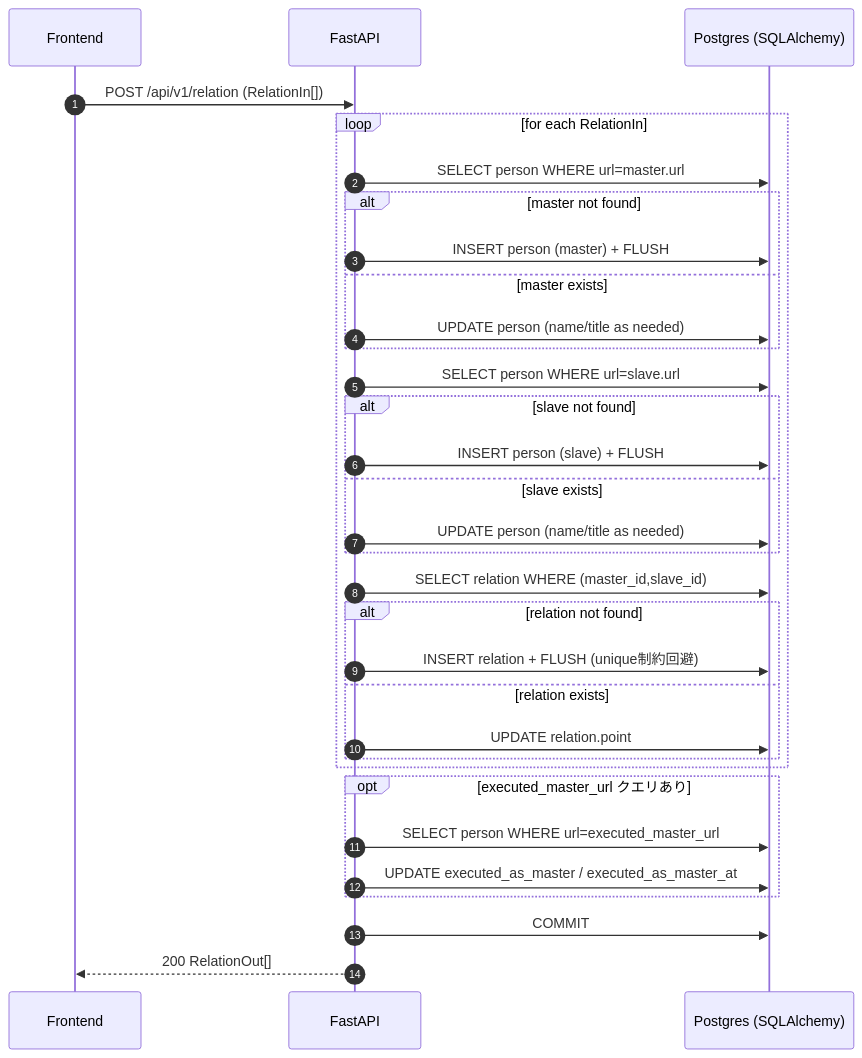
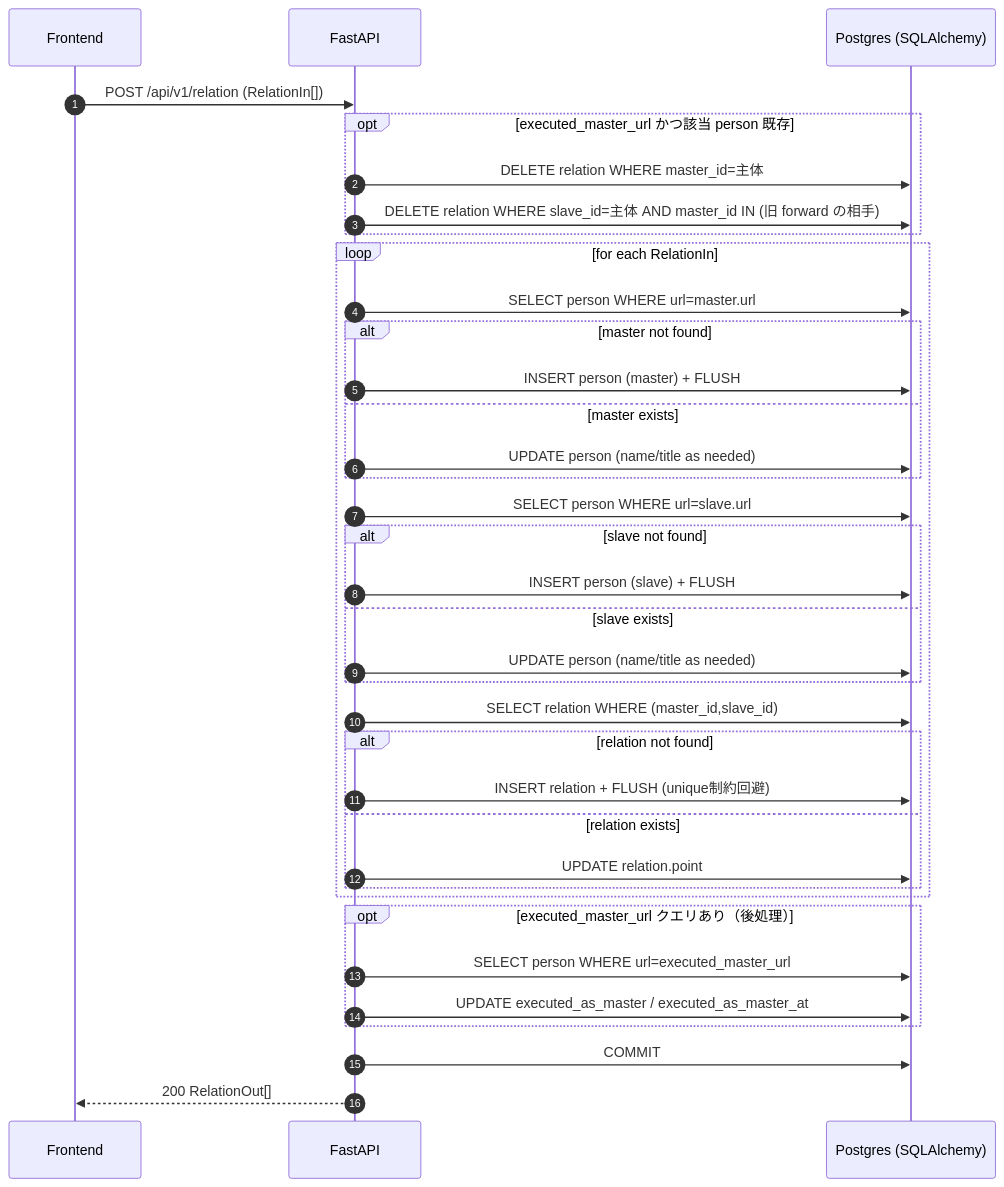
One commit to 5avvadaJ1r0/people_relation changed the third of 13 diagrams in doc/api.md. Above: the diagram before and after it, drawn with Mermaid. The commit also changed other lines of this file and 7 other files, not shown here.

````diff
--- a/doc/api.md
+++ b/doc/api.md
@@ -191,39 +199,43 @@
 ```mermaid
 sequenceDiagram
     autonumber
     participant FE as Frontend
     participant API as FastAPI
     participant DB as Postgres (SQLAlchemy)
 
     FE->>API: POST /api/v1/relation (RelationIn[])
+    opt executed_master_url かつ該当 person 既存
+        API->>DB: DELETE relation WHERE master_id=主体
+        API->>DB: DELETE relation WHERE slave_id=主体 AND master_id IN (旧 forward の相手)
+    end
     loop for each RelationIn
         API->>DB: SELECT person WHERE url=master.url
         alt master not found
             API->>DB: INSERT person (master) + FLUSH
         else master exists
             API->>DB: UPDATE person (name/title as needed)
         end
 
         API->>DB: SELECT person WHERE url=slave.url
         alt slave not found
             API->>DB: INSERT person (slave) + FLUSH
         else slave exists
             API->>DB: UPDATE person (name/title as needed)
         end
 
         API->>DB: SELECT relation WHERE (master_id,slave_id)
         alt relation not found
             API->>DB: INSERT relation + FLUSH (unique制約回避)
         else relation exists
             API->>DB: UPDATE relation.point
         end
     end
 
-    opt executed_master_url クエリあり
+    opt executed_master_url クエリあり（後処理）
         API->>DB: SELECT person WHERE url=executed_master_url
         API->>DB: UPDATE executed_as_master / executed_as_master_at
     end
 
     API->>DB: COMMIT
     API-->>FE: 200 RelationOut[]
 ```
````
